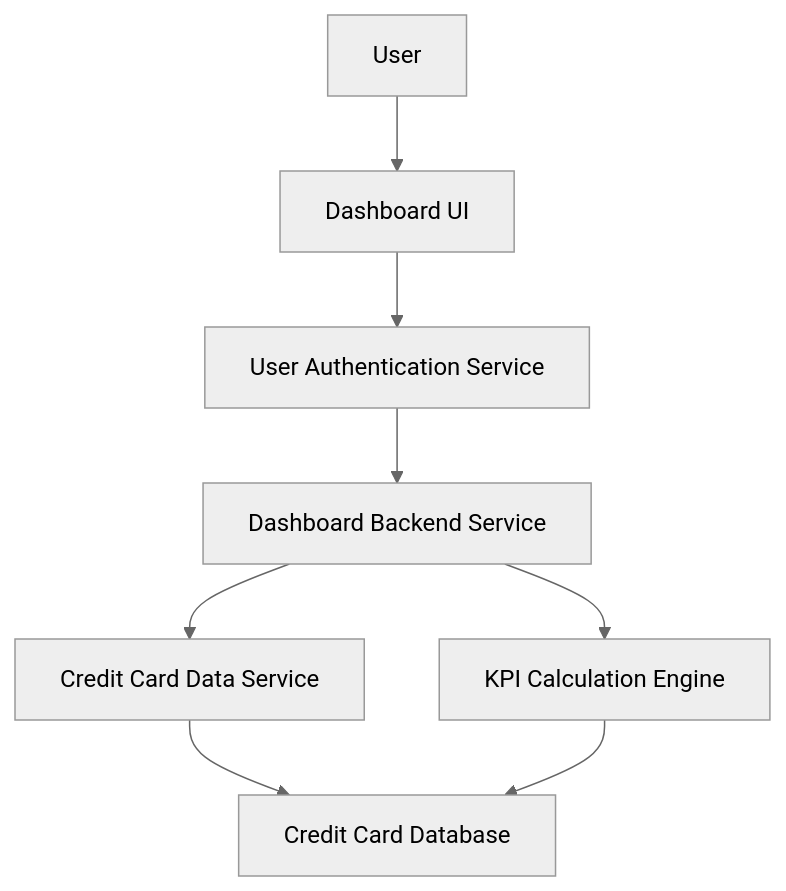
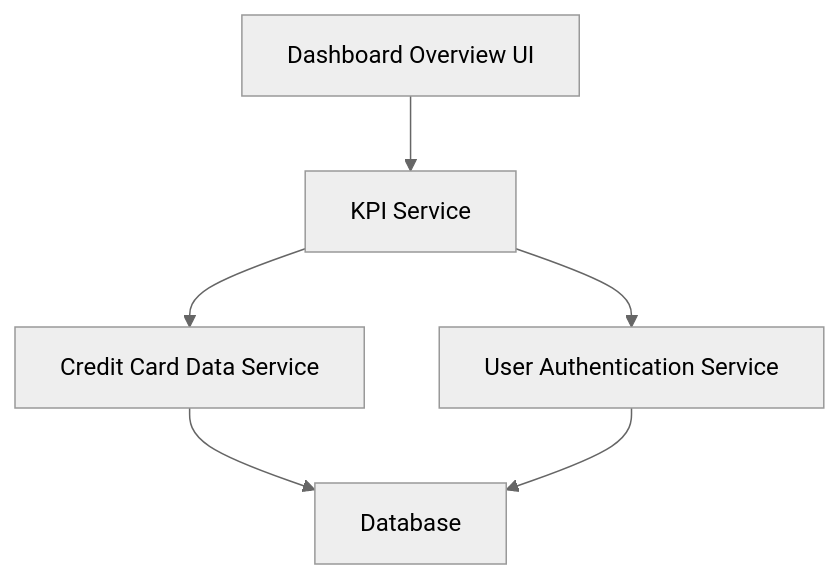
The diagram in HLD/QE-8579_HLD.md (AAVA-Demo/APB_Demo), drawn with Mermaid (neutral theme) before and after one commit. The commit also changed other lines of this file and 5 other files, not shown here.

````diff
--- a/HLD/QE-8579_HLD.md
+++ b/HLD/QE-8579_HLD.md
@@ -7,17 +7,13 @@
 ```mermaid
 flowchart TD
-    A["User"]
-    B["Dashboard UI"]
-    C["User Authentication Service"]
-    D["Dashboard Backend Service"]
-    E["Credit Card Data Service"]
-    F["KPI Calculation Engine"]
-    G["Credit Card Database"]
+    A["Dashboard Overview UI"]
+    B["KPI Service"]
+    C["Credit Card Data Service"]
+    D["User Authentication Service"]
+    E["Database"]
     A --> B
     B --> C
-    C --> D
+    B --> D
+    C --> E
     D --> E
-    D --> F
-    E --> G
-    F --> G
 ```
````
